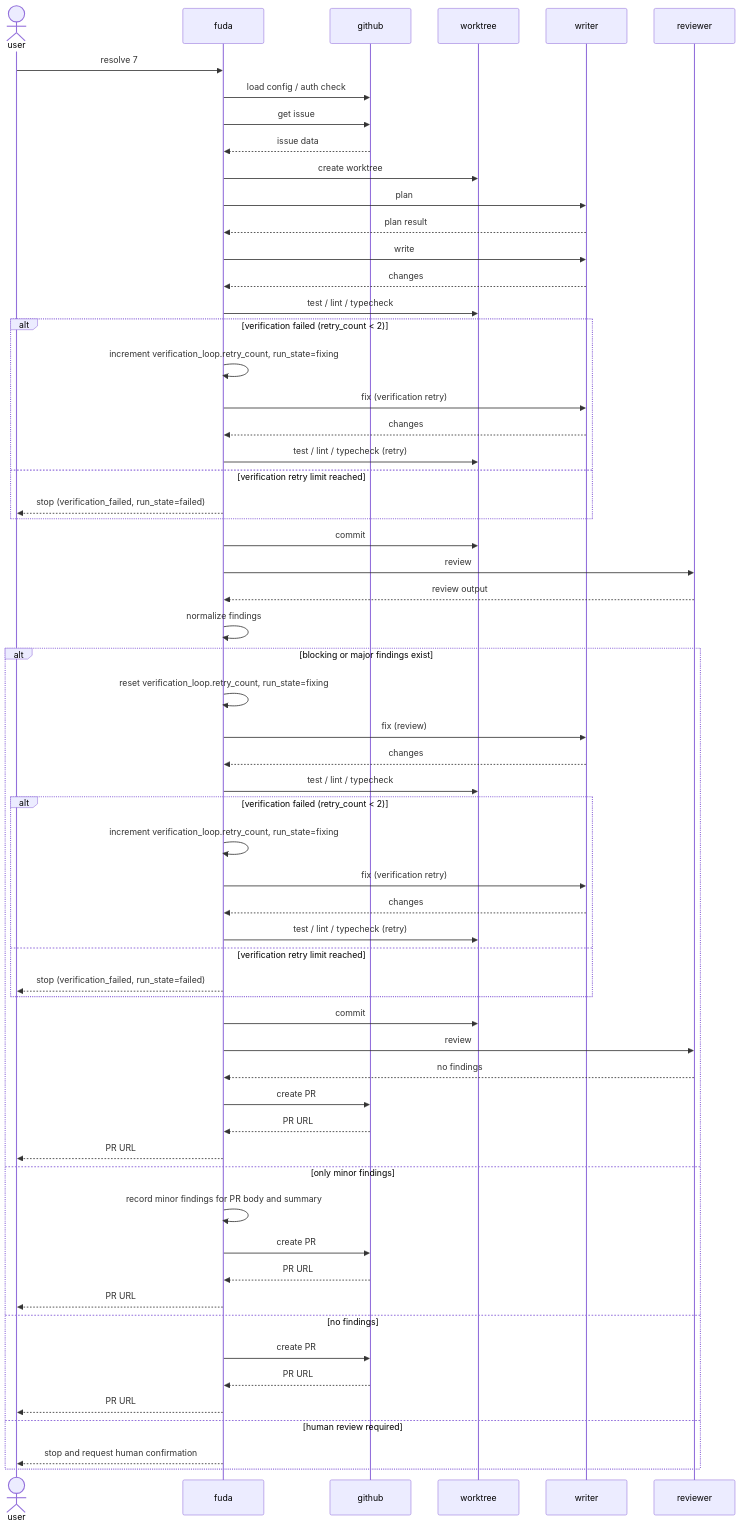
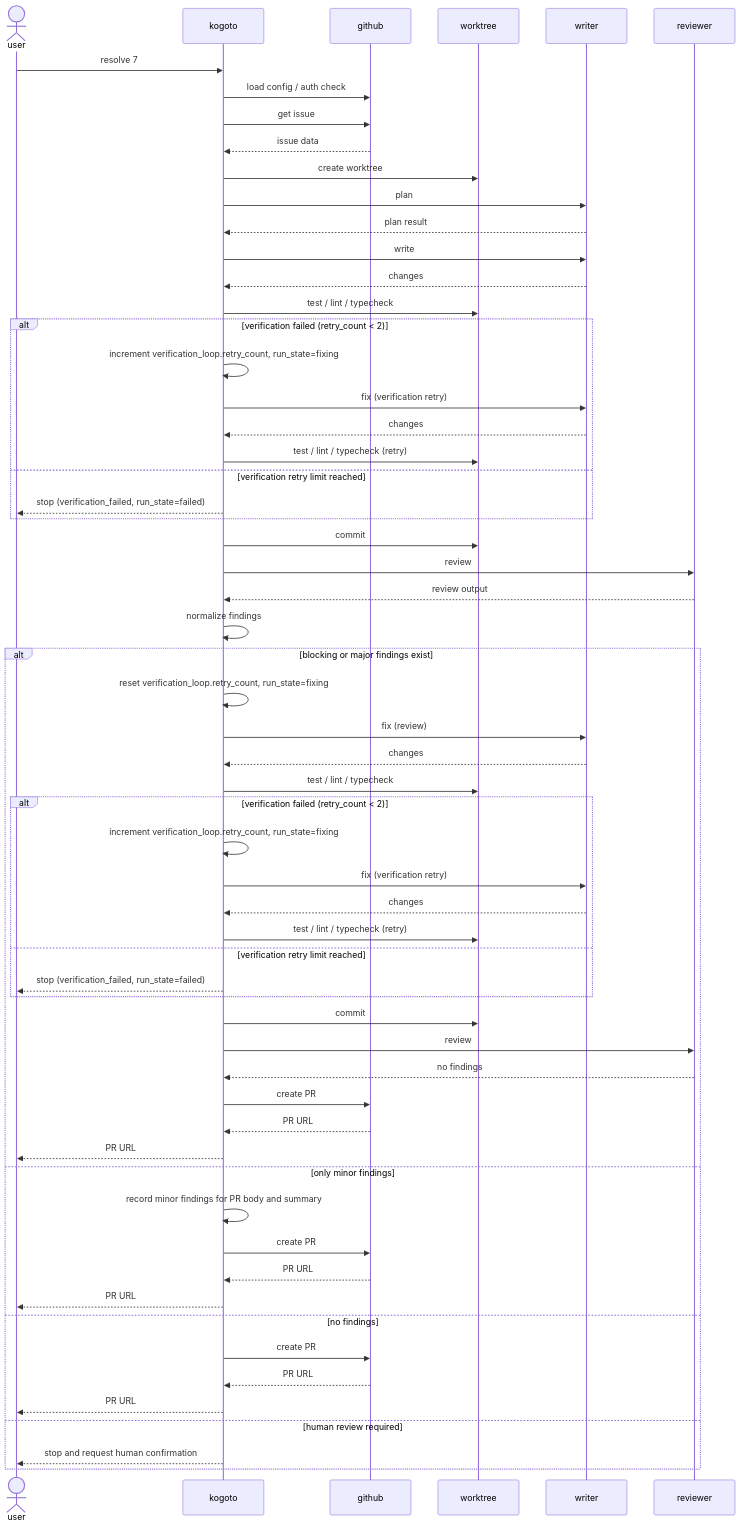
Before and after one commit to tooppoo/Fuda: the first of 4 diagrams in docs/internal/processing-sequence.md, drawn with Mermaid. The commit also changed other lines of this file and 18 other files, not shown here.

First line of the commit message:
feat: Fuda → Kogoto rename (#44, #45, #46)

````diff
--- a/docs/internal/processing-sequence.md
+++ b/docs/internal/processing-sequence.md
@@ -49,68 +49,68 @@
 ```mermaid
 sequenceDiagram
     actor user
-    participant fuda
+    participant kogoto
     participant github
     participant worktree
     participant writer
     participant reviewer
 
-    user->>fuda: resolve 7
-    fuda->>github: load config / auth check
-    fuda->>github: get issue
-    github-->>fuda: issue data
-    fuda->>worktree: create worktree
-    fuda->>writer: plan
-    writer-->>fuda: plan result
-    fuda->>writer: write
-    writer-->>fuda: changes
-    fuda->>worktree: test / lint / typecheck
+    user->>kogoto: resolve 7
+    kogoto->>github: load config / auth check
+    kogoto->>github: get issue
+    github-->>kogoto: issue data
+    kogoto->>worktree: create worktree
+    kogoto->>writer: plan
+    writer-->>kogoto: plan result
+    kogoto->>writer: write
+    writer-->>kogoto: changes
+    kogoto->>worktree: test / lint / typecheck
 
     alt verification failed (retry_count < 2)
-        fuda->>fuda: increment verification_loop.retry_count, run_state=fixing
-        fuda->>writer: fix (verification retry)
-        writer-->>fuda: changes
-        fuda->>worktree: test / lint / typecheck (retry)
+        kogoto->>kogoto: increment verification_loop.retry_count, run_state=fixing
+        kogoto->>writer: fix (verification retry)
+        writer-->>kogoto: changes
+        kogoto->>worktree: test / lint / typecheck (retry)
     else verification retry limit reached
-        fuda-->>user: stop (verification_failed, run_state=failed)
+        kogoto-->>user: stop (verification_failed, run_state=failed)
     end
 
-    fuda->>worktree: commit
-    fuda->>reviewer: review
-    reviewer-->>fuda: review output
-    fuda->>fuda: normalize findings
+    kogoto->>worktree: commit
+    kogoto->>reviewer: review
+    reviewer-->>kogoto: review output
+    kogoto->>kogoto: normalize findings
 
     alt blocking or major findings exist
-        fuda->>fuda: reset verification_loop.retry_count, run_state=fixing
-        fuda->>writer: fix (review)
-        writer-->>fuda: changes
-        fuda->>worktree: test / lint / typecheck
+        kogoto->>kogoto: reset verification_loop.retry_count, run_state=fixing
+        kogoto->>writer: fix (review)
+        writer-->>kogoto: changes
+        kogoto->>worktree: test / lint / typecheck
 
         alt verification failed (retry_count < 2)
-            fuda->>fuda: increment verification_loop.retry_count, run_state=fixing
-            fuda->>writer: fix (verification retry)
-            writer-->>fuda: changes
-            fuda->>worktree: test / lint / typecheck (retry)
+            kogoto->>kogoto: increment verification_loop.retry_count, run_state=fixing
+            kogoto->>writer: fix (verification retry)
+            writer-->>kogoto: changes
+            kogoto->>worktree: test / lint / typecheck (retry)
         else verification retry limit reached
-            fuda-->>user: stop (verification_failed, run_state=failed)
+            kogoto-->>user: stop (verification_failed, run_state=failed)
         end
 
-        fuda->>worktree: commit
-        fuda->>reviewer: review
-        reviewer-->>fuda: no findings
-        fuda->>github: create PR
-        github-->>fuda: PR URL
-        fuda-->>user: PR URL
+        kogoto->>worktree: commit
+        kogoto->>reviewer: review
+        reviewer-->>kogoto: no findings
+        kogoto->>github: create PR
+        github-->>kogoto: PR URL
+        kogoto-->>user: PR URL
     else only minor findings
-        fuda->>fuda: record minor findings for PR body and summary
-        fuda->>github: create PR
-        github-->>fuda: PR URL
-        fuda-->>user: PR URL
+        kogoto->>kogoto: record minor findings for PR body and summary
+        kogoto->>github: create PR
+        github-->>kogoto: PR URL
+        kogoto-->>user: PR URL
     else no findings
-        fuda->>github: create PR
-        github-->>fuda: PR URL
-        fuda-->>user: PR URL
+        kogoto->>github: create PR
+        github-->>kogoto: PR URL
+        kogoto-->>user: PR URL
     else human review required
-        fuda-->>user: stop and request human confirmation
+        kogoto-->>user: stop and request human confirmation
     end
 ```
````
